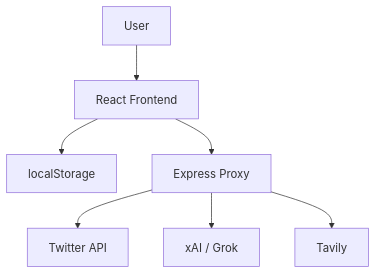
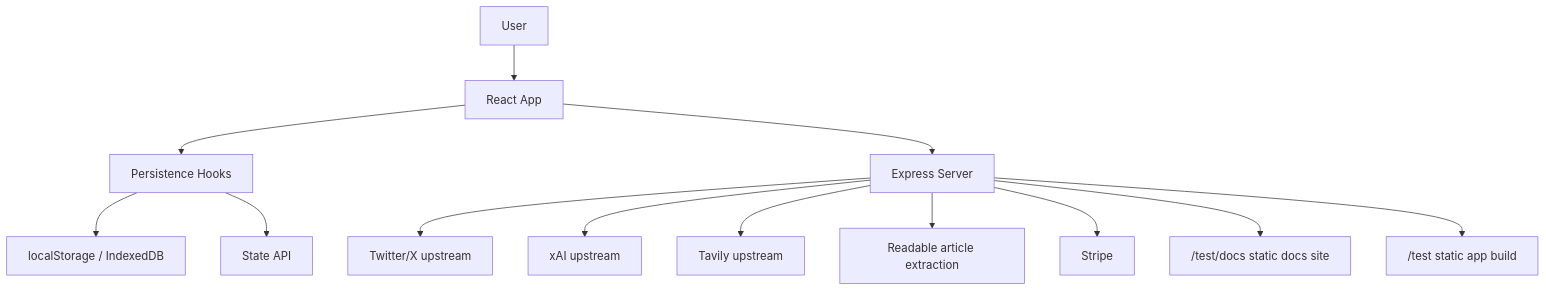
The diagram in docs/architecture/overview.md (thefogusz/test), drawn with Mermaid before and after one commit. The commit also changed other lines of this file and 12 other files, not shown here.

Commit message:
Refactor app state into reusable hooks

````diff
--- a/docs/architecture/overview.md
+++ b/docs/architecture/overview.md
@@ -15,10 +9,17 @@
 ```mermaid
 flowchart TD
-  U["User"]
-  U --> FE["React Frontend"]
-  FE --> LS["localStorage"]
-  FE --> BE["Express Proxy"]
-  BE --> TW["Twitter API"]
-  BE --> XAI["xAI / Grok"]
-  BE --> TV["Tavily"]
+  U["User"] --> FE["React App"]
+  FE --> P["Persistence Hooks"]
+  P --> LS["localStorage / IndexedDB"]
+  P --> ST["State API"]
+
+  FE --> API["Express Server"]
+  API --> X["Twitter/X upstream"]
+  API --> XAI["xAI upstream"]
+  API --> TV["Tavily upstream"]
+  API --> AR["Readable article extraction"]
+  API --> STR["Stripe"]
+
+  API --> DOCS["/test/docs static docs site"]
+  API --> APP["/test static app build"]
 ```
````
